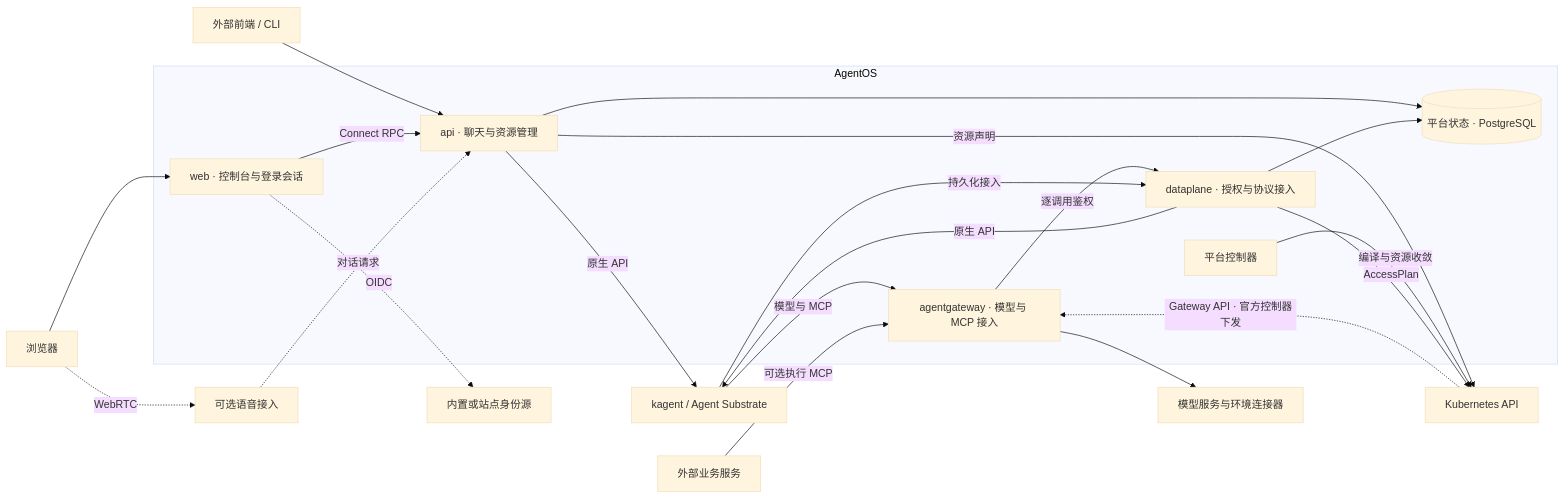
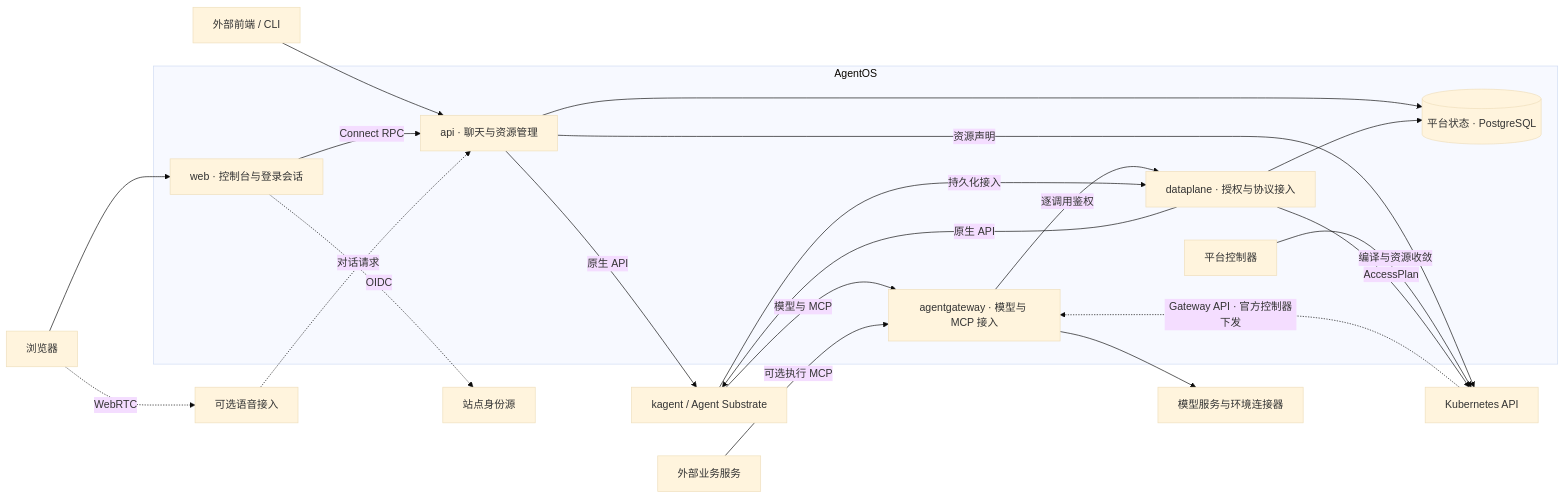
The diagram in docs/architecture.md (pood1e/agentos-platform), drawn with Mermaid (base theme) before and after one commit. The commit also changed other lines of this file and 42 other files, not shown here.

````diff
--- a/docs/architecture.md
+++ b/docs/architecture.md
@@ -8,23 +8,23 @@
 ```mermaid
 flowchart LR
     Browser[浏览器] --> Web
     Clients[外部前端 / CLI] --> API
     subgraph Platform[AgentOS]
         Web[web · 控制台与登录会话] -->|Connect RPC| API[api · 聊天与资源管理]
         Gateway[agentgateway · 模型与 MCP 接入] -->|逐调用鉴权| Dataplane[dataplane · 授权与协议接入]
         Controller[平台控制器]
         API & Dataplane --> PG[(平台状态 · PostgreSQL)]
     end
-    Web -.->|OIDC| Identity[内置或站点身份源]
+    Web -.->|OIDC| Identity[站点身份源]
     API & Dataplane -->|原生 API| Runtime[kagent / Agent Substrate]
     API -->|资源声明| K8s[Kubernetes API]
     Controller -->|编译与资源收敛| K8s
     Dataplane -->|AccessPlan| K8s
     K8s -.->|Gateway API · 官方控制器下发| Gateway
     Runtime -->|模型与 MCP| Gateway
     Runtime -->|持久化接入| Dataplane
     Gateway --> Targets[模型服务与环境连接器]
     External[外部业务服务] -->|可选执行 MCP| Gateway
     Browser -.->|WebRTC| Voice[可选语音接入]
     Voice -.->|对话请求| API
 ```
````
